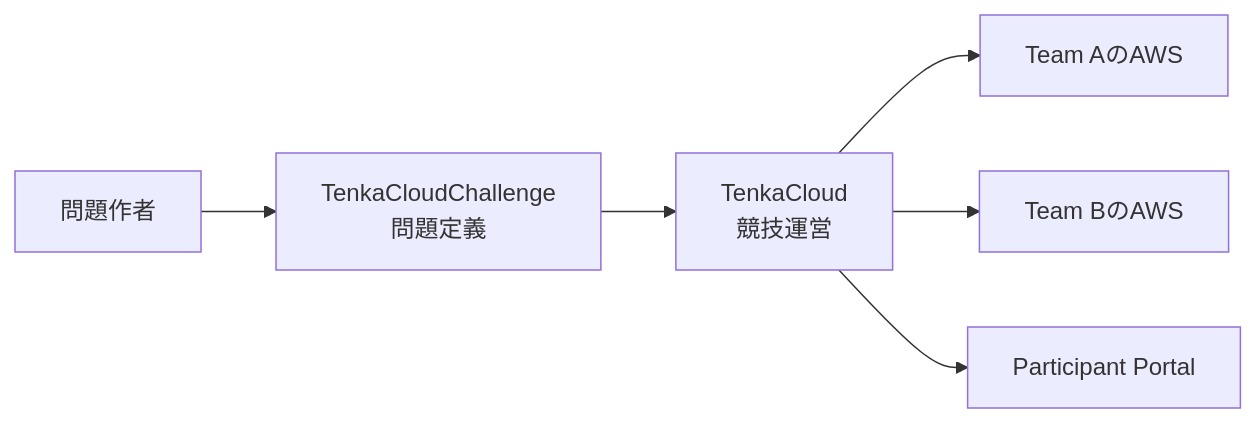
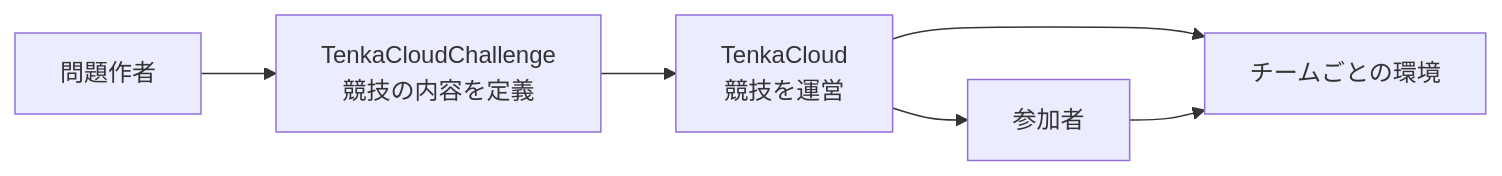
One commit to susumutomita/zenn-article changed the second of 2 diagrams in books/cloud-competition/chapter1.md. Above: the diagram before and after it, drawn with Mermaid. The commit also changed other lines of this file and 23 other files, not shown here.

````diff
--- a/books/cloud-competition/chapter1.md
+++ b/books/cloud-competition/chapter1.md
@@ -42,15 +76,14 @@
 ```mermaid
 flowchart LR
     Author["問題作者"]
-    Catalog["TenkaCloudChallenge<br/>問題定義"]
-    Platform["TenkaCloud<br/>競技運営"]
-    TeamA["Team AのAWS"]
-    TeamB["Team BのAWS"]
-    Portal["Participant Portal"]
+    Catalog["TenkaCloudChallenge<br/>競技の内容を定義"]
+    Platform["TenkaCloud<br/>競技を運営"]
+    Environment["チームごとの環境"]
+    Participant["参加者"]
 
     Author --> Catalog
     Catalog --> Platform
-    Platform --> TeamA
-    Platform --> TeamB
-    Platform --> Portal
+    Platform --> Environment
+    Platform --> Participant
+    Participant --> Environment
 ```
````
